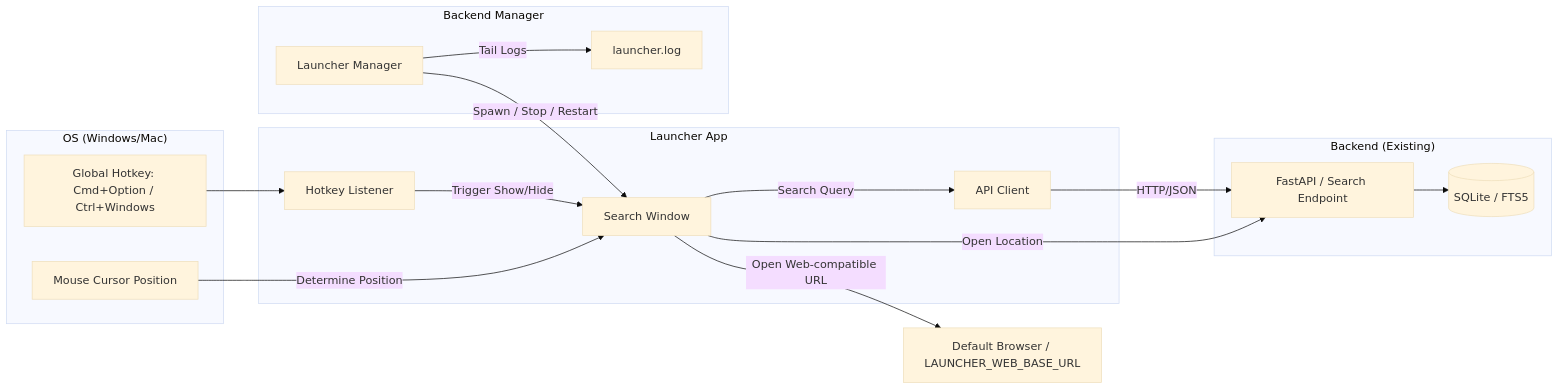
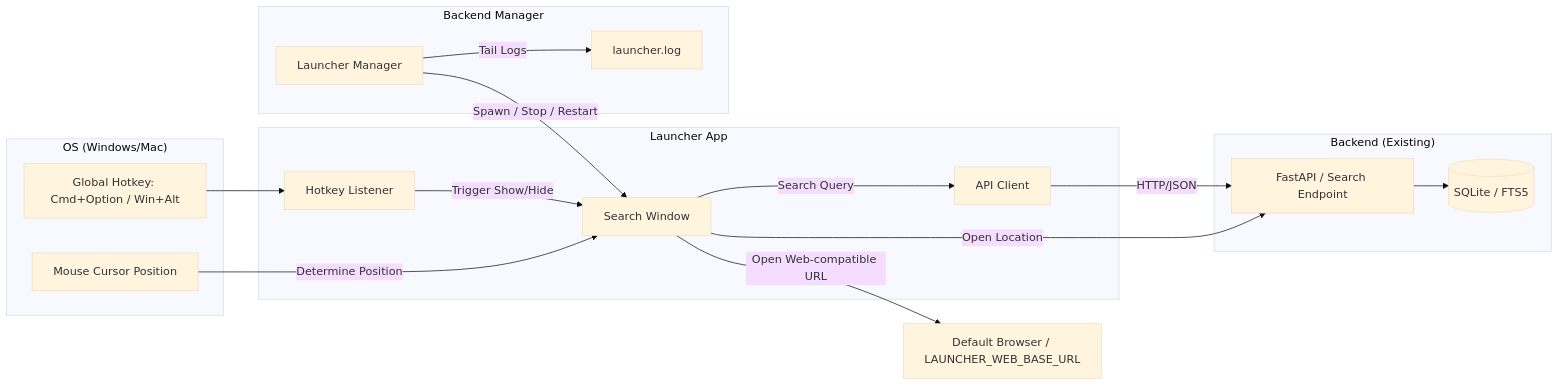
The diagram in launcher/docs/architecture.md (myao9494/Local-fulltext-search), drawn with Mermaid (base theme) before and after one commit. The commit also changed 5 other files, not shown here.

Commit message:
win hotkey change

````diff
--- a/launcher/docs/architecture.md
+++ b/launcher/docs/architecture.md
@@ -14,34 +14,34 @@
 ```mermaid
 graph LR
     subgraph "OS (Windows/Mac)"
-        HK[Global Hotkey: Cmd+Option / Ctrl+Windows]
+        HK[Global Hotkey: Cmd+Option / Win+Alt]
         Mouse[Mouse Cursor Position]
     end
 
     subgraph "Launcher App"
         UI[Search Window]
         Client[API Client]
         Listener[Hotkey Listener]
     end
 
     subgraph "Backend Manager"
         LM[Launcher Manager]
         Log[launcher.log]
     end
 
     subgraph "Backend (Existing)"
         API[FastAPI / Search Endpoint]
         DB[(SQLite / FTS5)]
     end
 
     HK --> Listener
     Listener -->|Trigger Show/Hide| UI
     Mouse -->|Determine Position| UI
     UI -->|Search Query| Client
     Client -->|HTTP/JSON| API
     API --> DB
     UI -->|Open Web-compatible URL| Browser[Default Browser / LAUNCHER_WEB_BASE_URL]
     UI -->|Open Location| API
     LM -->|Spawn / Stop / Restart| UI
     LM -->|Tail Logs| Log
 ```
````
